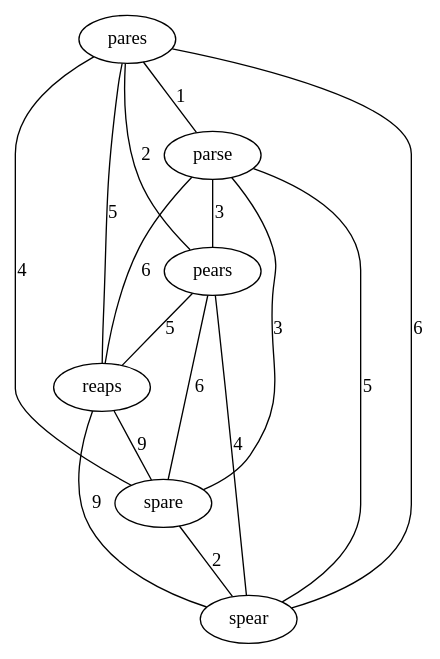
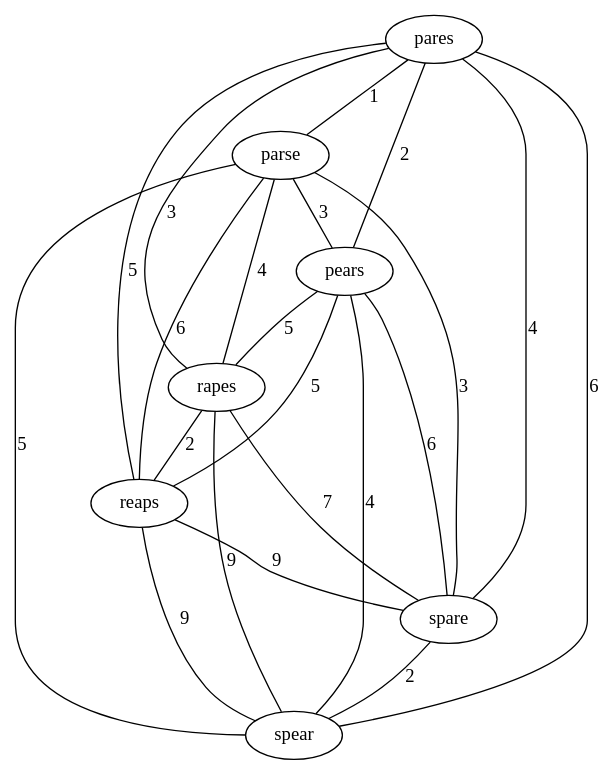
One commit to increpare/Galaktisches_Etymologieforschungsinstitut changed the diagram in output/dot/EN_pares.dot. Above: the diagram before and after it, drawn with Graphviz. The commit also changed 53 other files, not shown here.

```diff
--- a/output/dot/EN_pares.dot
+++ b/output/dot/EN_pares.dot
@@ -1,17 +1,23 @@
 graph {
 	pares -- parse [ label="1" ];
 	pares -- pears [ label="2" ];
+	pares -- rapes [ label="3" ];
 	pares -- reaps [ label="5" ];
 	pares -- spare [ label="4" ];
 	pares -- spear [ label="6" ];
 	parse -- pears [ label="3" ];
+	parse -- rapes [ label="4" ];
 	parse -- reaps [ label="6" ];
 	parse -- spare [ label="3" ];
 	parse -- spear [ label="5" ];
+	pears -- rapes [ label="5" ];
 	pears -- reaps [ label="5" ];
 	pears -- spare [ label="6" ];
 	pears -- spear [ label="4" ];
+	rapes -- reaps [ label="2" ];
+	rapes -- spare [ label="7" ];
+	rapes -- spear [ label="9" ];
 	reaps -- spare [ label="9" ];
 	reaps -- spear [ label="9" ];
 	spare -- spear [ label="2" ];
 }
```
